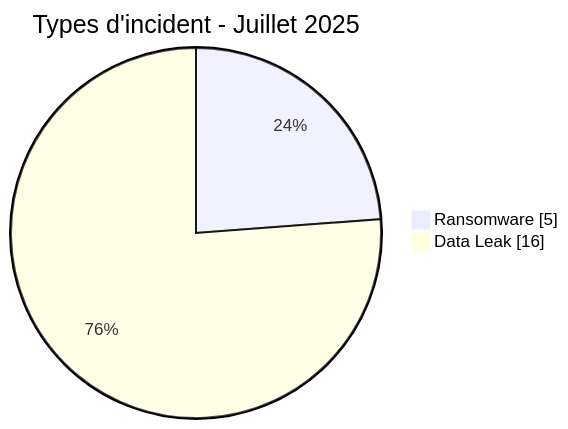
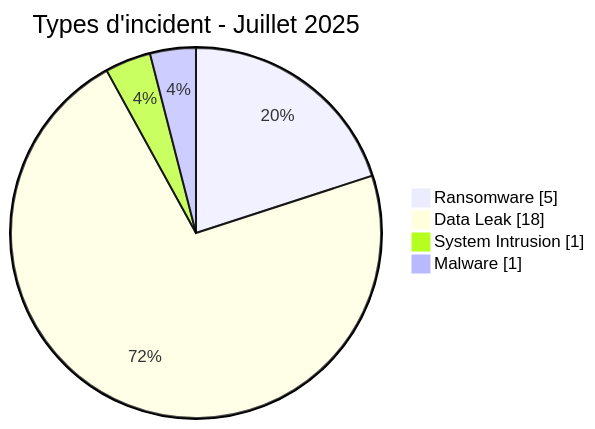
One commit to Hatchepsoute/AFRINTEL changed the first of 2 diagrams in CyberAttackAfrica/2025/07-july/README_FR.md. Above: the diagram before and after it, drawn with Mermaid. The commit also changed other lines of this file and 73 other files, not shown here.

````diff
--- a/CyberAttackAfrica/2025/07-july/README_FR.md
+++ b/CyberAttackAfrica/2025/07-july/README_FR.md
@@ -71,6 +78,8 @@
 ```mermaid
 pie showData
     title Types d'incident - Juillet 2025
     "Ransomware" : 5
-    "Data Leak" : 16
+    "Data Leak" : 18
+    "System Intrusion" : 1
+    "Malware" : 1
 ```
````
